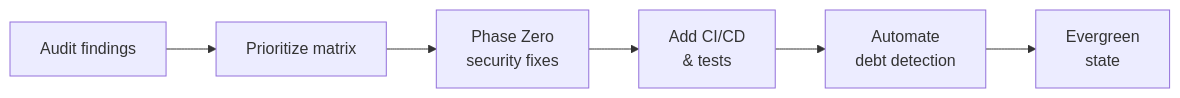
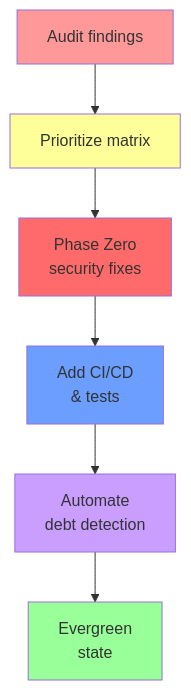
One commit to j0hnnymiller/AI-Assisted-Software-Development changed the second of 2 diagrams in slides/marp/implementation-plan-prioritization.deck.md. Above: the diagram before and after it, drawn with Mermaid. The commit also changed other lines of this file and 76 other files, not shown here.

````diff
--- a/slides/marp/implementation-plan-prioritization.deck.md
+++ b/slides/marp/implementation-plan-prioritization.deck.md
@@ -124,8 +127,15 @@
 ```mermaid
-flowchart LR
-    A[Audit findings] --> B[Prioritize matrix]
-    B --> C[Phase Zero\nsecurity fixes]
-    C --> D[Add CI/CD\n& tests]
-    D --> E[Automate\ndebt detection]
-    E --> F[Evergreen\nstate]
+flowchart TB
+    A[Audit findings]:::orange --> B[Prioritize matrix]:::yellow
+    B --> C[Phase Zero\nsecurity fixes]:::red
+    C --> D[Add CI/CD\n& tests]:::blue
+    D --> E[Automate\ndebt detection]:::purple
+    E --> F[Evergreen\nstate]:::green
+
+    classDef orange fill:#ff9999
+    classDef yellow fill:#ffff99
+    classDef red fill:#ff6b6b
+    classDef blue fill:#6b9eff
+    classDef purple fill:#c99eff
+    classDef green fill:#99ff99
 ```
````
